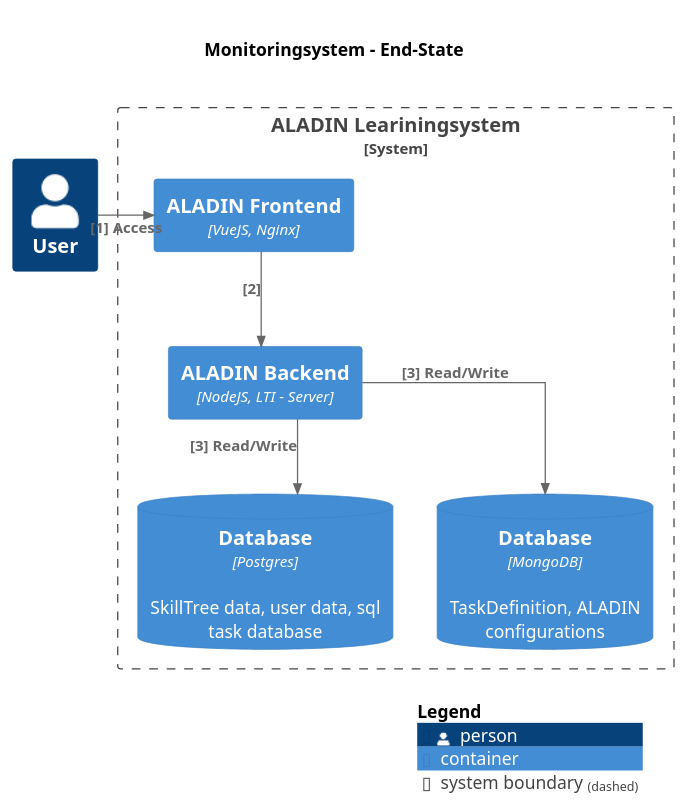
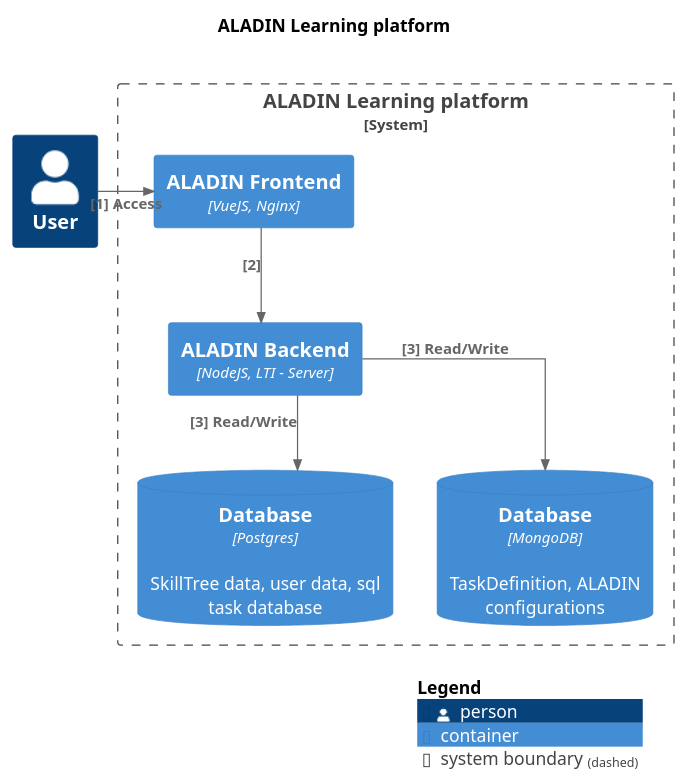
One commit to a-schulz/aladin_GAMIFY changed the diagram in diagrams/achitecture_before.puml. Above: the diagram before and after it, drawn with PlantUML. The commit also changed 8 other files, not shown here.

Commit message:
added/updated diagrams, readme, removed separate file for link. Link now in README.md

```diff
--- a/diagrams/achitecture_before.puml
+++ b/diagrams/achitecture_before.puml
@@ -1,31 +1,31 @@
-@startuml example-c4-dynamic-diagram
+@startuml architecture_before
 !include https://raw.githubusercontent.com/plantuml-stdlib/C4-PlantUML/master/C4_Container.puml
 'skinparam linetype polyline
 skinparam linetype ortho
 
 ' Diagram title
-title \nMonitoringsystem - End-State\n
+title ALADIN Learning platform\n
 
 AddRelTag("authentification", $textColor="orange", $lineColor="orange", $lineStyle = DashedLine())
 AddElementTag("gamification", $bgColor="#444444")
 ' Diagram syntax
 Person(person, "User")
 
 ' Diagram syntax
-System_Boundary(aladin, "ALADIN Leariningsystem") {
+System_Boundary(aladin, "ALADIN Learning platform") {
     Container(aladin_backend, "ALADIN Backend", "NodeJS, LTI - Server")
     Container(aladin_frontend, "ALADIN Frontend", "VueJS, Nginx")
     ContainerDb(dbpg, "Database", "Postgres", "SkillTree data, user data, sql task database")
     ContainerDb(dbmongo, "Database", "MongoDB", "TaskDefinition, ALADIN configurations")
 }
 
 Rel_R(person, aladin_frontend, "[1] Access")
 Rel(aladin_frontend, aladin_backend, "[2]")
 Rel(aladin_backend, dbmongo, "[3] Read/Write")
 Rel(aladin_backend, dbpg, "[3] Read/Write")
 Lay_L(dbpg, aladin_backend)
 ' Use complete legend
 LAYOUT_WITH_LEGEND()
 ' calculated legend, only show used items
 SHOW_LEGEND()
 @enduml
```
